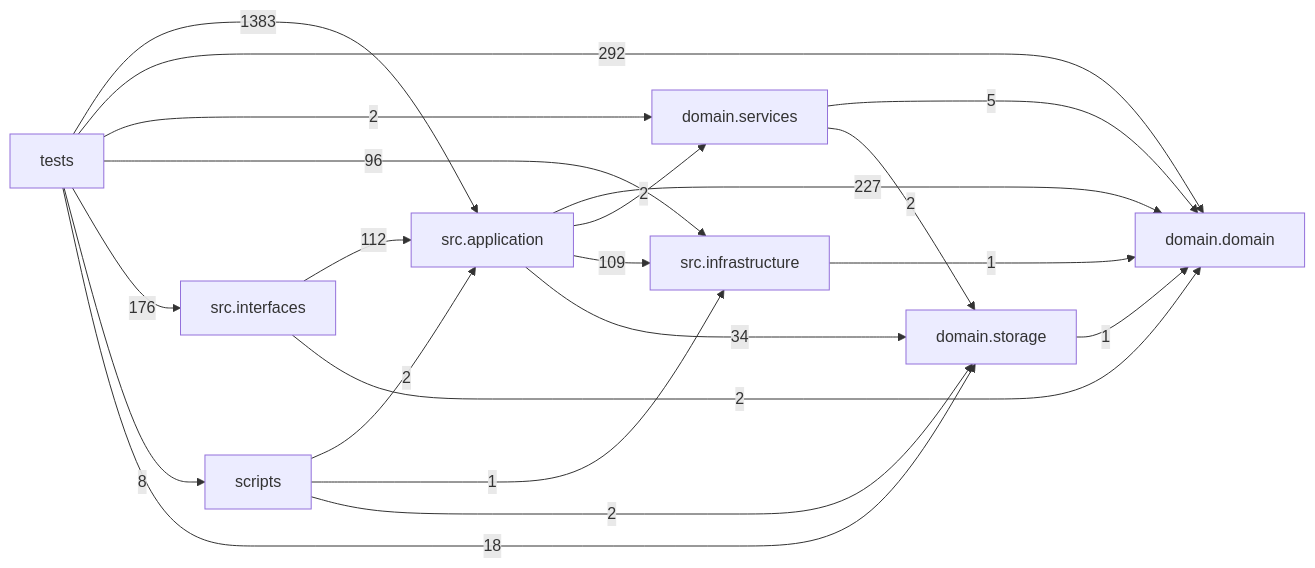
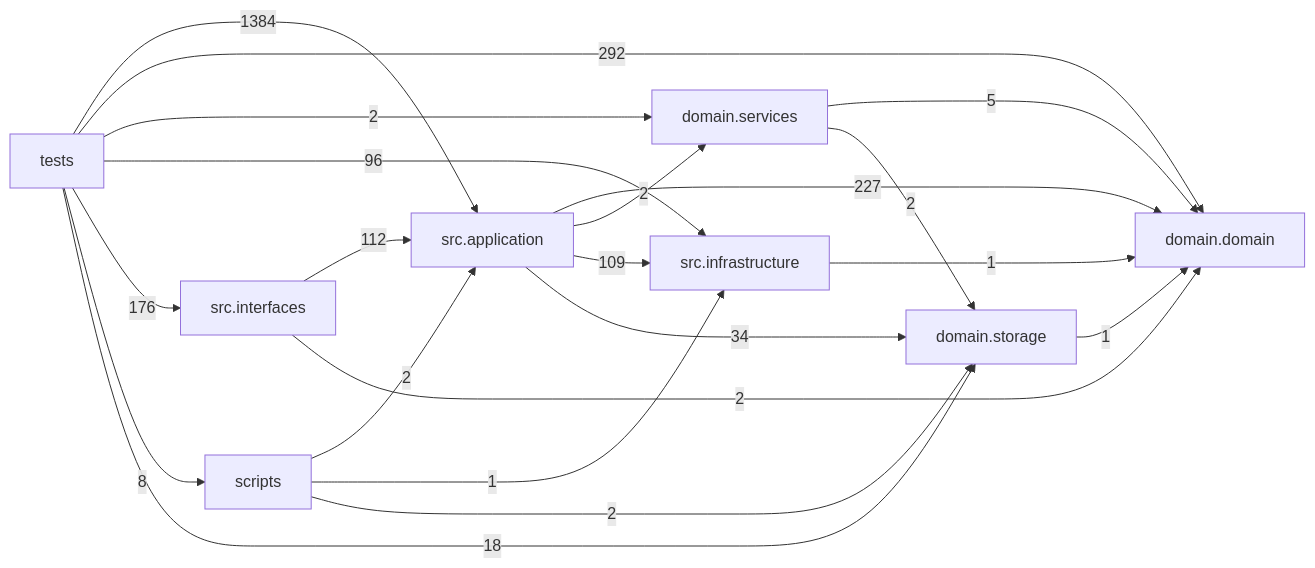
The diagram in docs/DEPENDENCY_GRAPH.md (liuxie066/options-monitor), drawn with Mermaid before and after one commit. The commit also changed other lines of this file and 8 other files, not shown here.

````diff
--- a/docs/DEPENDENCY_GRAPH.md
+++ b/docs/DEPENDENCY_GRAPH.md
@@ -24,31 +24,31 @@
 ```mermaid
 flowchart LR
   tests["tests"]
   scripts["scripts"]
   interfaces["src.interfaces"]
   application["src.application"]
   infrastructure["src.infrastructure"]
   domain_services["domain.services"]
   domain["domain.domain"]
   storage["domain.storage"]
   application -->|227| domain
   application -->|2| domain_services
   application -->|109| infrastructure
   application -->|34| storage
   domain_services -->|5| domain
   domain_services -->|2| storage
   infrastructure -->|1| domain
   interfaces -->|112| application
   interfaces -->|2| domain
   scripts -->|2| application
   scripts -->|1| infrastructure
   scripts -->|2| storage
   storage -->|1| domain
-  tests -->|1383| application
+  tests -->|1384| application
   tests -->|292| domain
   tests -->|2| domain_services
   tests -->|96| infrastructure
   tests -->|176| interfaces
   tests -->|8| scripts
   tests -->|18| storage
 ```
````
